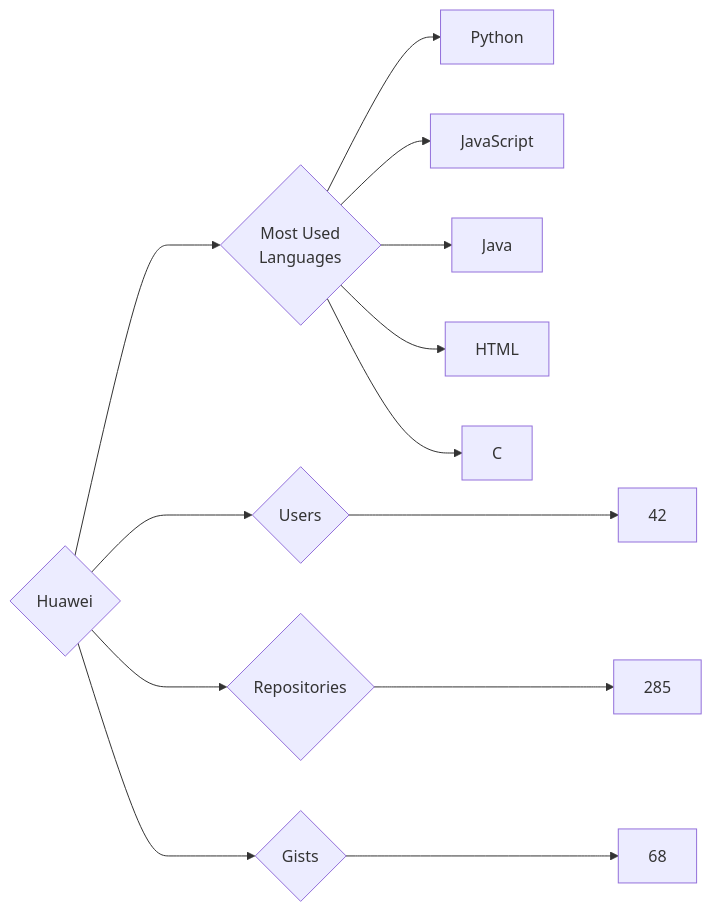
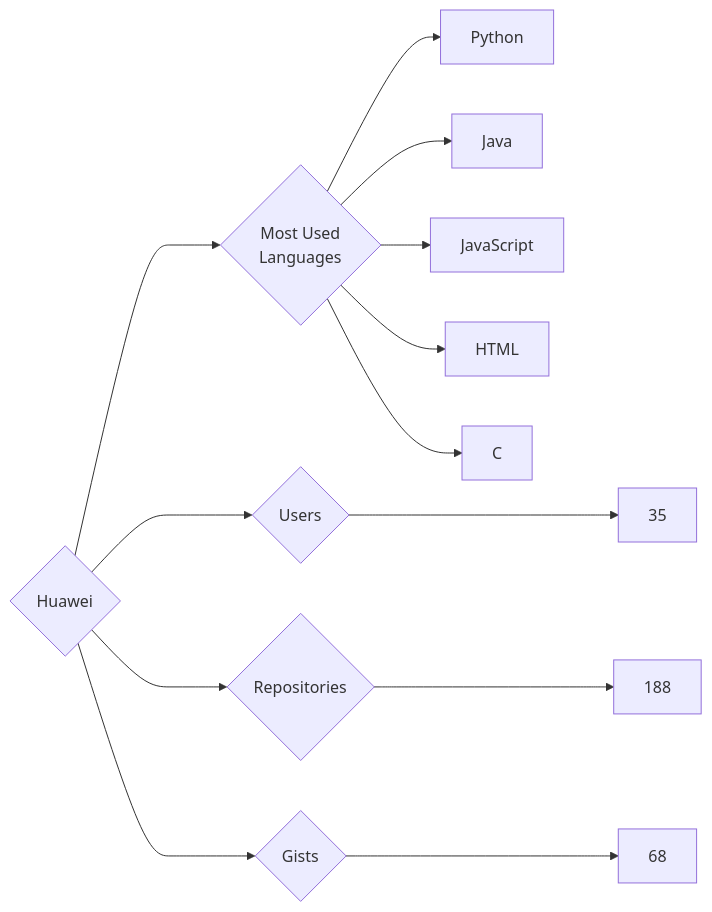
One commit to trickest/insiders changed the diagram in targets/Huawei/README.md. Above: the diagram before and after it, drawn with Mermaid. The commit also changed 714 other files, not shown here.

````diff
--- a/targets/Huawei/README.md
+++ b/targets/Huawei/README.md
@@ -3,13 +3,13 @@
 ```mermaid
 graph LR
 COMPANY_NAME{Huawei}
-COMPANY_NAME ---> U{Users} ---> UN[42]
-COMPANY_NAME ---> R{Repositories} ---> RN[285]
+COMPANY_NAME ---> U{Users} ---> UN[35]
+COMPANY_NAME ---> R{Repositories} ---> RN[188]
 COMPANY_NAME ---> G{Gists} ---> GN[68]
 COMPANY_NAME ---> ML{Most Used<br>Languages}
 ML --> Python[Python]
+ML --> Java[Java]
 ML --> JavaScript[JavaScript]
-ML --> Java[Java]
 ML --> HTML[HTML]
 ML --> C[C]
 ```
````
